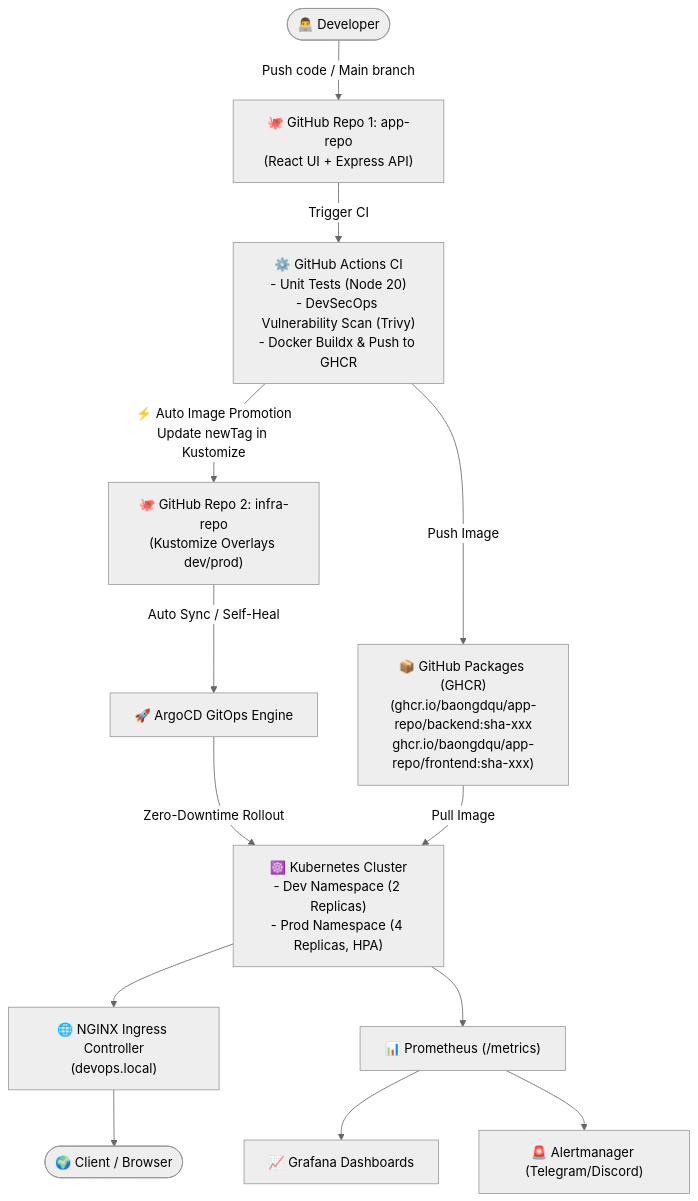
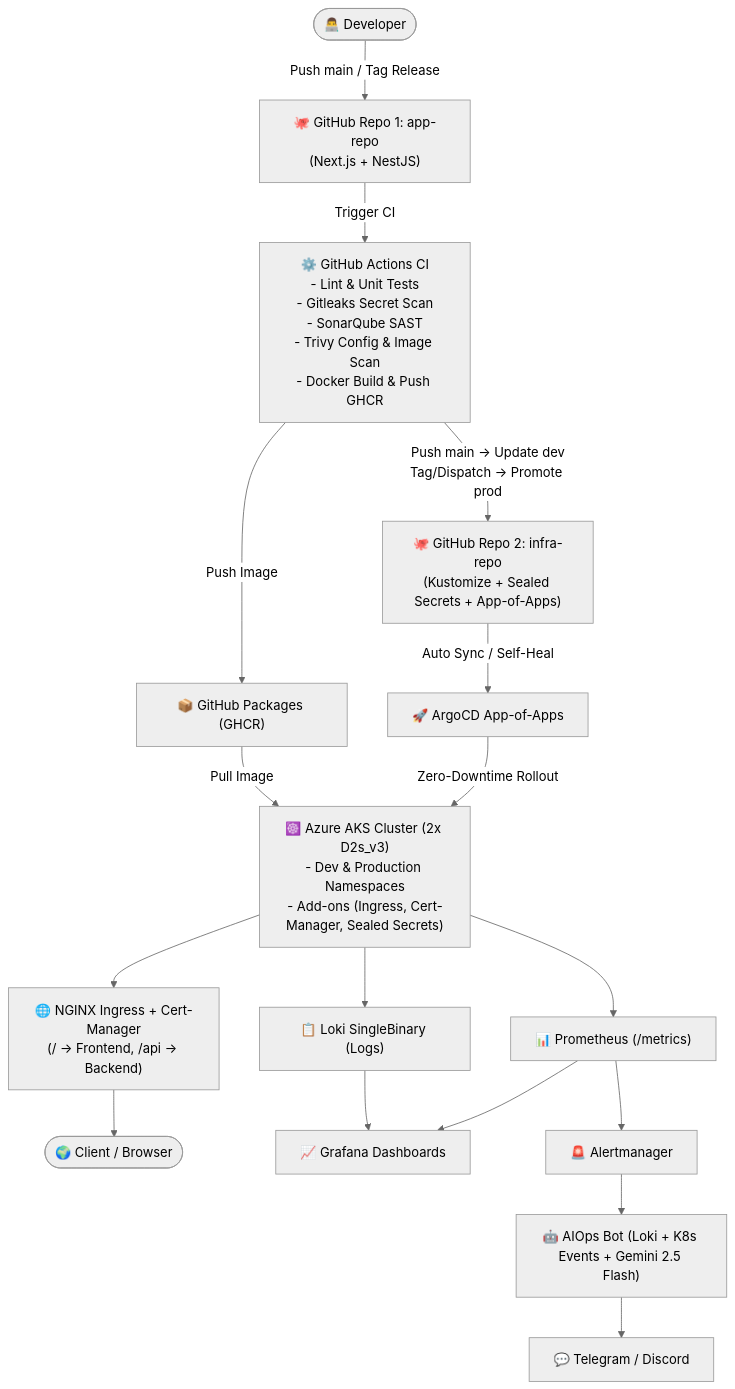
Before and after one commit to baongdqu/devsecops-project: the diagram in README.md, drawn with Mermaid (neutral theme). The commit also changed other lines of this file and 5 other files, not shown here.

````diff
--- a/README.md
+++ b/README.md
@@ -21,15 +21,19 @@
 ```mermaid
 flowchart TD
-    DEV([👨‍💻 Developer]) -->|Push code / Main branch| APPREPO["🐙 GitHub Repo 1: app-repo\n(React UI + Express API)"]
-    APPREPO -->|Trigger CI| ACTIONS["⚙️ GitHub Actions CI\n- Unit Tests (Node 20)\n- DevSecOps Vulnerability Scan (Trivy)\n- Docker Buildx & Push to GHCR"]
-    ACTIONS -->|Push Image| GHCR["📦 GitHub Packages (GHCR)\n(ghcr.io/baongdqu/app-repo/backend:sha-xxx\nghcr.io/baongdqu/app-repo/frontend:sha-xxx)"]
-    ACTIONS -->|⚡ Auto Image Promotion\nUpdate newTag in Kustomize| GITOPSREPO["🐙 GitHub Repo 2: infra-repo\n(Kustomize Overlays dev/prod)"]
-    GITOPSREPO -->|Auto Sync / Self-Heal| ARGOCD["🚀 ArgoCD GitOps Engine"]
-    ARGOCD -->|Zero-Downtime Rollout| K8S["☸️ Kubernetes Cluster\n- Dev Namespace (2 Replicas)\n- Prod Namespace (4 Replicas, HPA)"]
+    DEV([👨‍💻 Developer]) -->|Push main / Tag Release| APPREPO["🐙 GitHub Repo 1: app-repo\n(Next.js + NestJS)"]
+    APPREPO -->|Trigger CI| ACTIONS["⚙️ GitHub Actions CI\n- Lint & Unit Tests\n- Gitleaks Secret Scan\n- SonarQube SAST\n- Trivy Config & Image Scan\n- Docker Build & Push GHCR"]
+    ACTIONS -->|Push Image| GHCR["📦 GitHub Packages (GHCR)"]
+    ACTIONS -->|Push main -> Update dev\nTag/Dispatch -> Promote prod| GITOPSREPO["🐙 GitHub Repo 2: infra-repo\n(Kustomize + Sealed Secrets + App-of-Apps)"]
+    GITOPSREPO -->|Auto Sync / Self-Heal| ARGOCD["🚀 ArgoCD App-of-Apps"]
+    ARGOCD -->|Zero-Downtime Rollout| K8S["☸️ Azure AKS Cluster (2x D2s_v3)\n- Dev & Production Namespaces\n- Add-ons (Ingress, Cert-Manager, Sealed Secrets)"]
     GHCR -->|Pull Image| K8S
-    K8S --> INGRESS["🌐 NGINX Ingress Controller\n(devops.local)"]
+    K8S --> INGRESS["🌐 NGINX Ingress + Cert-Manager\n(/ -> Frontend, /api -> Backend)"]
     INGRESS --> USER([🌍 Client / Browser])
     K8S --> PROM["📊 Prometheus (/metrics)"]
+    K8S --> LOKI["📋 Loki SingleBinary (Logs)"]
     PROM --> GRAFANA["📈 Grafana Dashboards"]
-    PROM --> ALERT["🚨 Alertmanager (Telegram/Discord)"]
+    LOKI --> GRAFANA
+    PROM --> ALERT["🚨 Alertmanager"]
+    ALERT --> AIOPS["🤖 AIOps Bot (Loki + K8s Events + Gemini 2.5 Flash)"]
+    AIOPS --> CHAT["💬 Telegram / Discord"]
 ```
````
